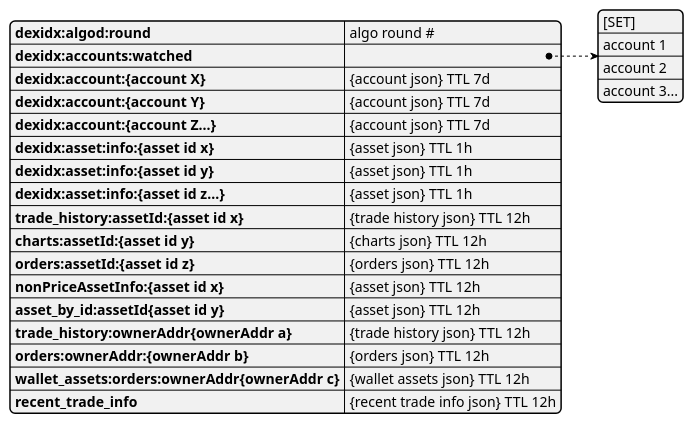
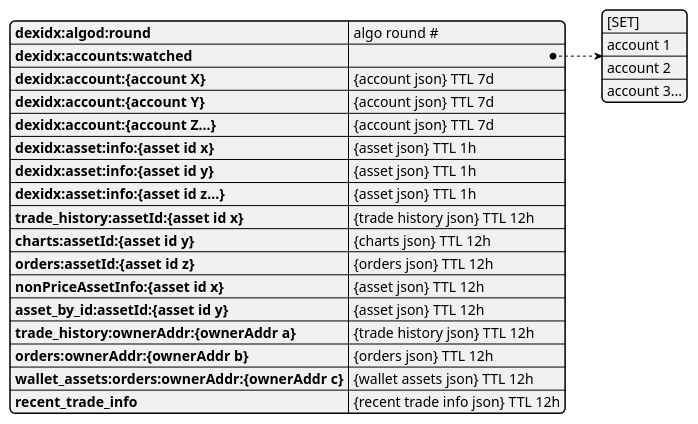
One commit to algodex/algodex-architecture changed the diagram in diagrams/redis_schema.puml. Above: the diagram before and after it, drawn with PlantUML. The commit also changed 1 other file, not shown here.

```diff
--- a/diagrams/redis_schema.puml
+++ b/diagrams/redis_schema.puml
@@ -1,26 +1,26 @@
 @startjson
 {
     "dexidx:algod:round" : "algo round #",
     "dexidx:accounts:watched" : [
         "[SET]",
         "account 1",
         "account 2",
         "account 3..."
     ],
     "dexidx:account:{account X}" : "{account json} TTL 7d",
     "dexidx:account:{account Y}" : "{account json} TTL 7d",
     "dexidx:account:{account Z...}" : "{account json} TTL 7d",
     "dexidx:asset:info:{asset id x}" : "{asset json} TTL 1h",
     "dexidx:asset:info:{asset id y}" : "{asset json} TTL 1h",
     "dexidx:asset:info:{asset id z...}" : "{asset json} TTL 1h",
     "trade_history:assetId:{asset id x}" : "{trade history json} TTL 12h",
     "charts:assetId:{asset id y}" : "{charts json} TTL 12h",
     "orders:assetId:{asset id z}" : "{orders json} TTL 12h",
     "nonPriceAssetInfo:{asset id x}" : "{asset json} TTL 12h",
-    "asset_by_id:assetId{asset id y}" : "{asset json} TTL 12h",
-    "trade_history:ownerAddr{ownerAddr a}" : "{trade history json} TTL 12h",
+    "asset_by_id:assetId:{asset id y}" : "{asset json} TTL 12h",
+    "trade_history:ownerAddr:{ownerAddr a}" : "{trade history json} TTL 12h",
     "orders:ownerAddr:{ownerAddr b}" : "{orders json} TTL 12h",
-    "wallet_assets:orders:ownerAddr{ownerAddr c}" : "{wallet assets json} TTL 12h",
+    "wallet_assets:orders:ownerAddr:{ownerAddr c}" : "{wallet assets json} TTL 12h",
     "recent_trade_info" : "{recent trade info json} TTL 12h"
 }
 @endjson
```
